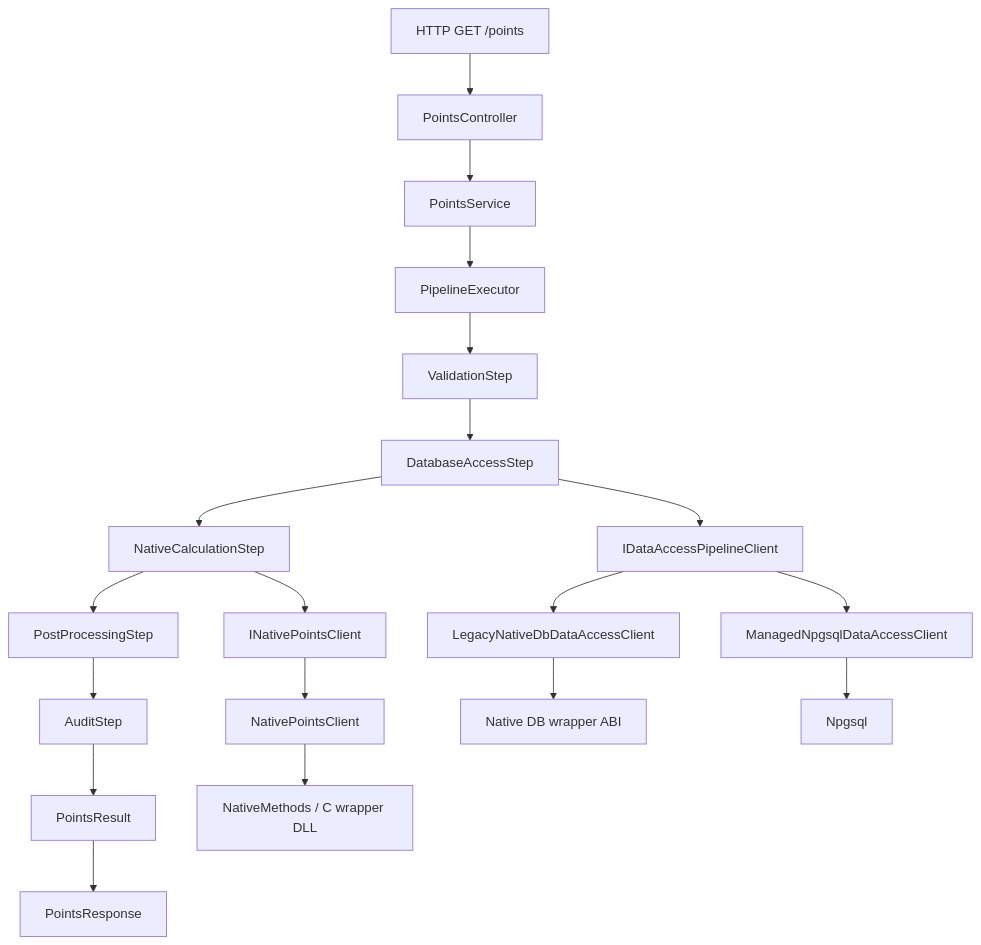
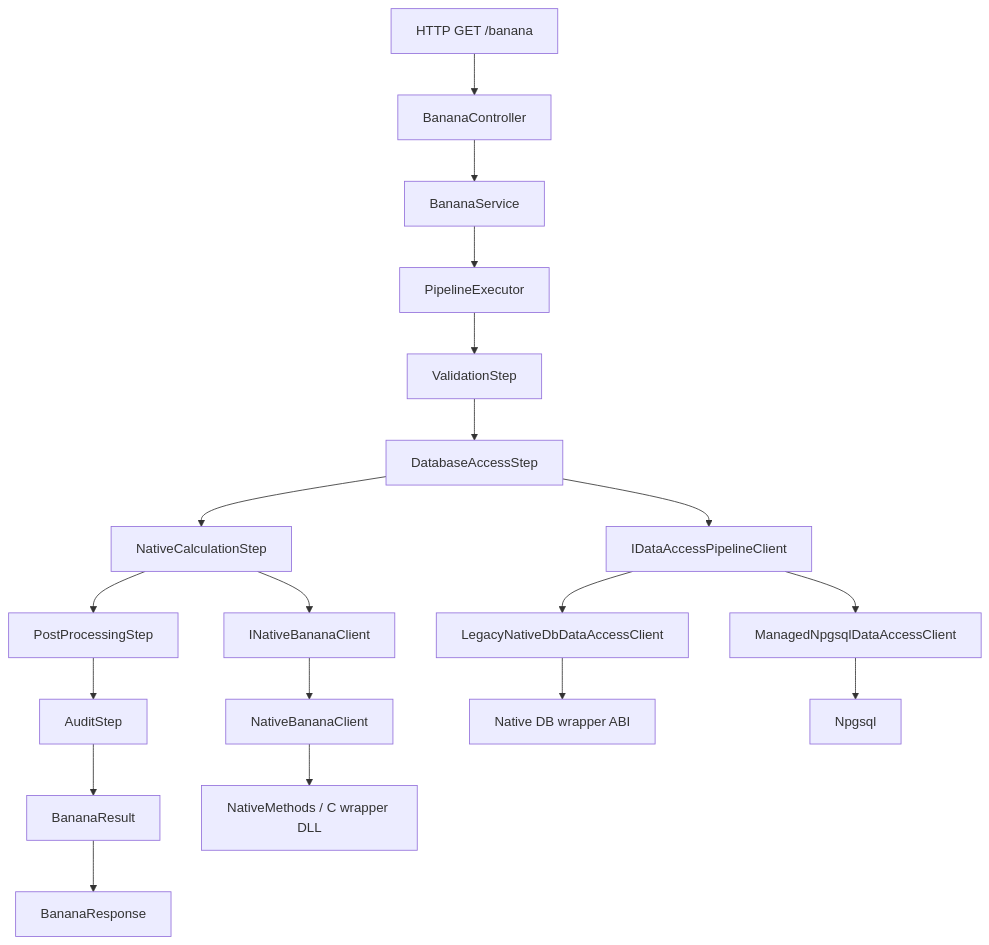
Before and after one commit to LahkLeKey/Banana: the diagram in docs/architecture.md, drawn with Mermaid. The commit also changed other lines of this file and 43 other files, not shown here.

````diff
--- a/docs/architecture.md
+++ b/docs/architecture.md
@@ -32,21 +32,21 @@
 ```mermaid
 flowchart TD
-	A[HTTP GET /points] --> B[PointsController]
-	B --> C[PointsService]
+	A[HTTP GET /banana] --> B[BananaController]
+	B --> C[BananaService]
 	C --> D[PipelineExecutor<PipelineContext>]
 	D --> E[ValidationStep]
 	E --> E1[DatabaseAccessStep]
 	E1 --> F[NativeCalculationStep]
 	F --> G[PostProcessingStep]
 	G --> H[AuditStep]
 	E1 --> DB[IDataAccessPipelineClient]
 	DB --> DB1[LegacyNativeDbDataAccessClient]
 	DB --> DB2[ManagedNpgsqlDataAccessClient]
 	DB1 --> DBN[Native DB wrapper ABI]
 	DB2 --> DBM[Npgsql]
-	F --> I[INativePointsClient]
-	I --> J[NativePointsClient]
+	F --> I[INativeBananaClient]
+	I --> J[NativeBananaClient]
 	J --> K[NativeMethods / C wrapper DLL]
-	H --> L[PointsResult]
-	L --> M[PointsResponse]
+	H --> L[BananaResult]
+	L --> M[BananaResponse]
 ```
````
